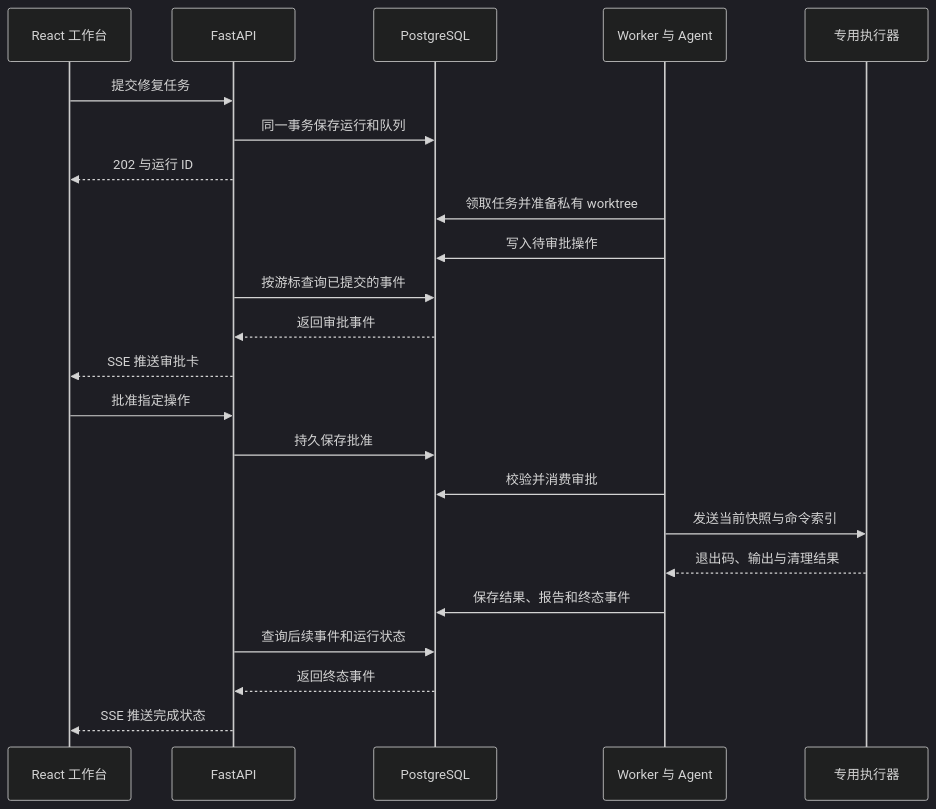
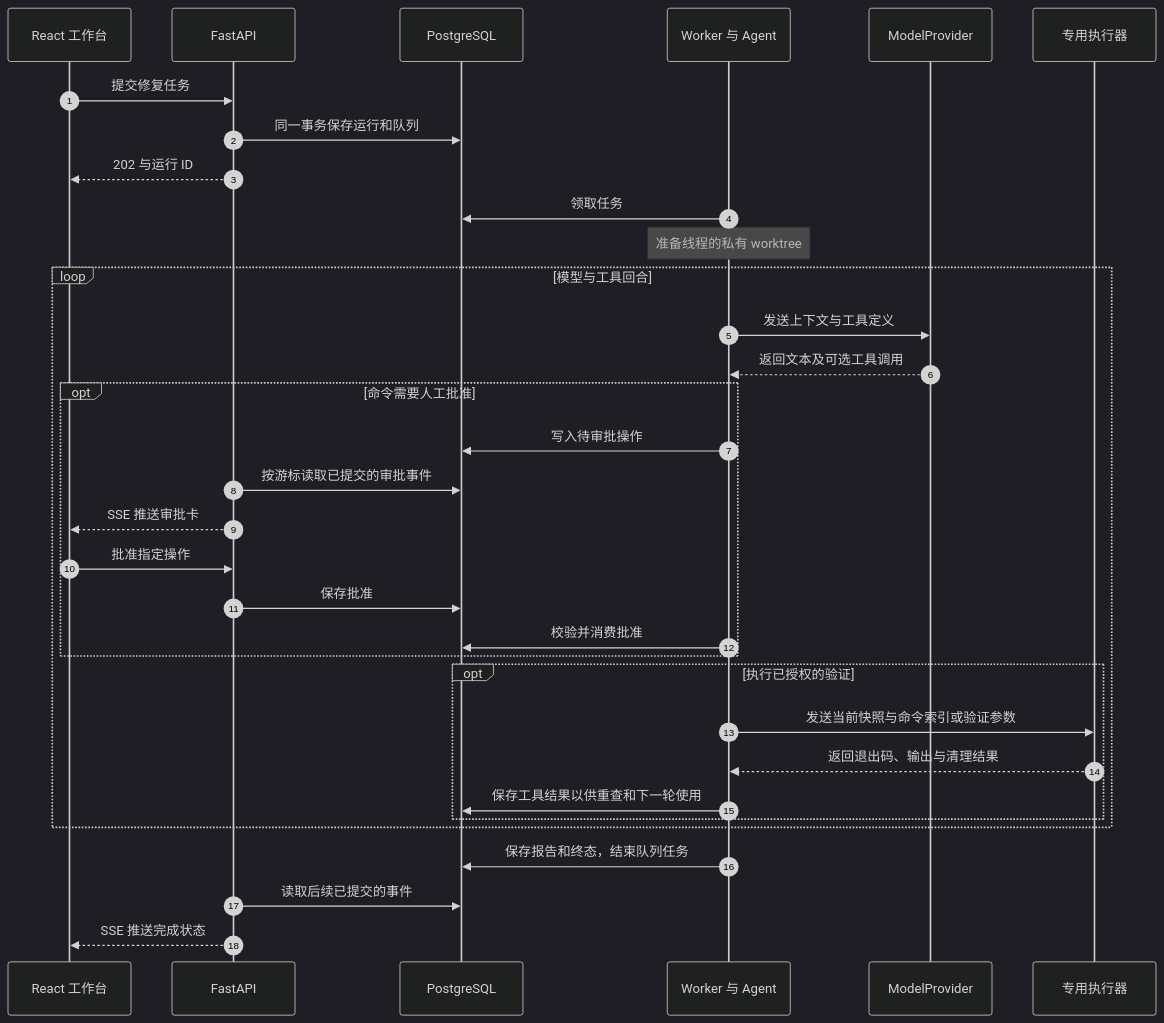
One commit to lyx0902/StellarWeaver changed the third of 3 diagrams in docs/ARCHITECTURE.md. Above: the diagram before and after it, drawn with Mermaid (dark theme). The commit also changed other lines of this file, not shown here.

````diff
--- a/docs/ARCHITECTURE.md
+++ b/docs/ARCHITECTURE.md
@@ -248,25 +325,35 @@
 ```mermaid
 sequenceDiagram
     participant UI as React 工作台
     participant API as FastAPI
     participant DB as PostgreSQL
     participant W as Worker 与 Agent
+    participant M as ModelProvider
     participant E as 专用执行器
+    autonumber
     UI->>API: 提交修复任务
     API->>DB: 同一事务保存运行和队列
     API-->>UI: 202 与运行 ID
-    W->>DB: 领取任务并准备私有 worktree
-    W->>DB: 写入待审批操作
-    API->>DB: 按游标查询已提交的事件
-    DB-->>API: 返回审批事件
-    API-->>UI: SSE 推送审批卡
-    UI->>API: 批准指定操作
-    API->>DB: 持久保存批准
-    W->>DB: 校验并消费审批
-    W->>E: 发送当前快照与命令索引
-    E-->>W: 退出码、输出与清理结果
-    W->>DB: 保存结果、报告和终态事件
-    API->>DB: 查询后续事件和运行状态
-    DB-->>API: 返回终态事件
+    W->>DB: 领取任务
+    Note over W: 准备线程的私有 worktree
+    loop 模型与工具回合
+        W->>M: 发送上下文与工具定义
+        M-->>W: 返回文本及可选工具调用
+        opt 命令需要人工批准
+            W->>DB: 写入待审批操作
+            API->>DB: 按游标读取已提交的审批事件
+            API-->>UI: SSE 推送审批卡
+            UI->>API: 批准指定操作
+            API->>DB: 保存批准
+            W->>DB: 校验并消费批准
+        end
+        opt 执行已授权的验证
+            W->>E: 发送当前快照与命令索引或验证参数
+            E-->>W: 返回退出码、输出与清理结果
+            W->>DB: 保存工具结果以供重查和下一轮使用
+        end
+    end
+    W->>DB: 保存报告和终态，结束队列任务
+    API->>DB: 读取后续已提交的事件
     API-->>UI: SSE 推送完成状态
 ```
````
